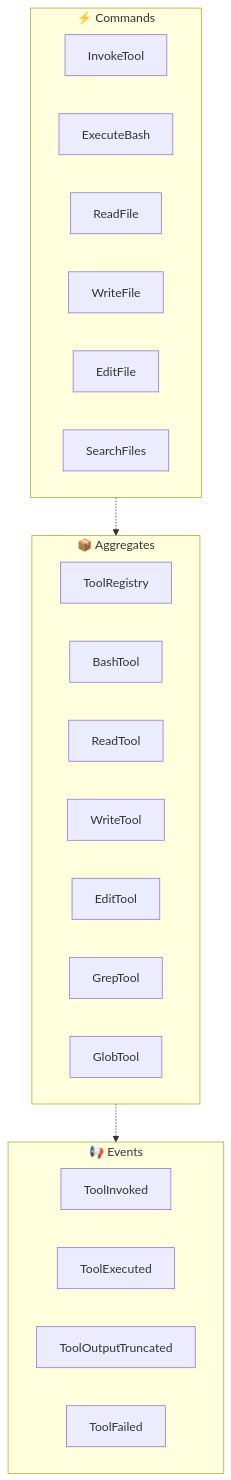
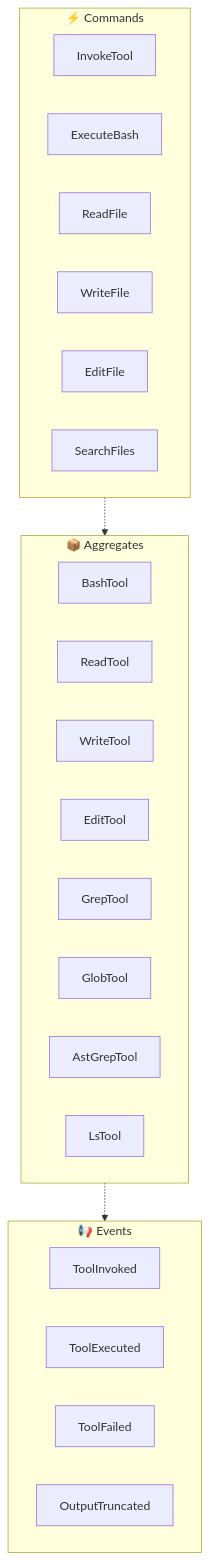
Before and after one commit to sengac/fspec: the fourth of 5 diagrams in codelet/spec/FOUNDATION.md, drawn with Mermaid. The commit also changed other lines of this file and 39 other files, not shown here.

````diff
--- a/codelet/spec/FOUNDATION.md
+++ b/codelet/spec/FOUNDATION.md
@@ -182,31 +180,32 @@
 ```mermaid
 flowchart TB
   subgraph Commands["⚡ Commands"]
-    C57[InvokeTool]
-    C58[ExecuteBash]
-    C59[ReadFile]
-    C60[WriteFile]
-    C61[EditFile]
-    C62[SearchFiles]
+    C54[InvokeTool]
+    C55[ExecuteBash]
+    C56[ReadFile]
+    C57[WriteFile]
+    C58[EditFile]
+    C59[SearchFiles]
   end
 
   subgraph Aggregates["📦 Aggregates"]
-    A13[ToolRegistry]
-    A14[BashTool]
-    A15[ReadTool]
-    A16[WriteTool]
-    A17[EditTool]
-    A18[GrepTool]
-    A19[GlobTool]
+    A13[BashTool]
+    A14[ReadTool]
+    A15[WriteTool]
+    A16[EditTool]
+    A17[GrepTool]
+    A18[GlobTool]
+    A19[AstGrepTool]
+    A20[LsTool]
   end
 
   subgraph Events["📢 Events"]
-    E37[ToolInvoked]
-    E38[ToolExecuted]
-    E39[ToolOutputTruncated]
-    E40[ToolFailed]
+    E39[ToolInvoked]
+    E40[ToolExecuted]
+    E41[ToolFailed]
+    E42[OutputTruncated]
   end
 
   Commands -.-> Aggregates
   Aggregates -.-> Events
 ```
````
